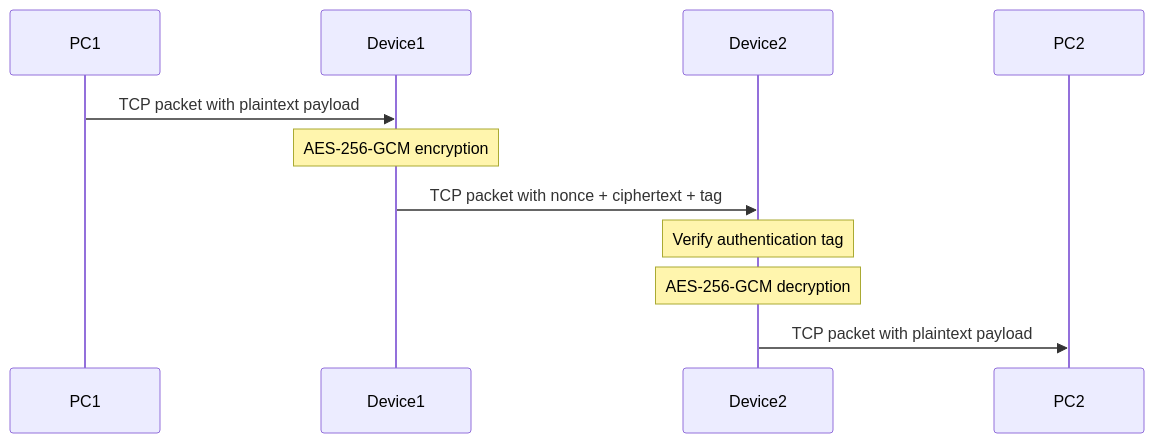
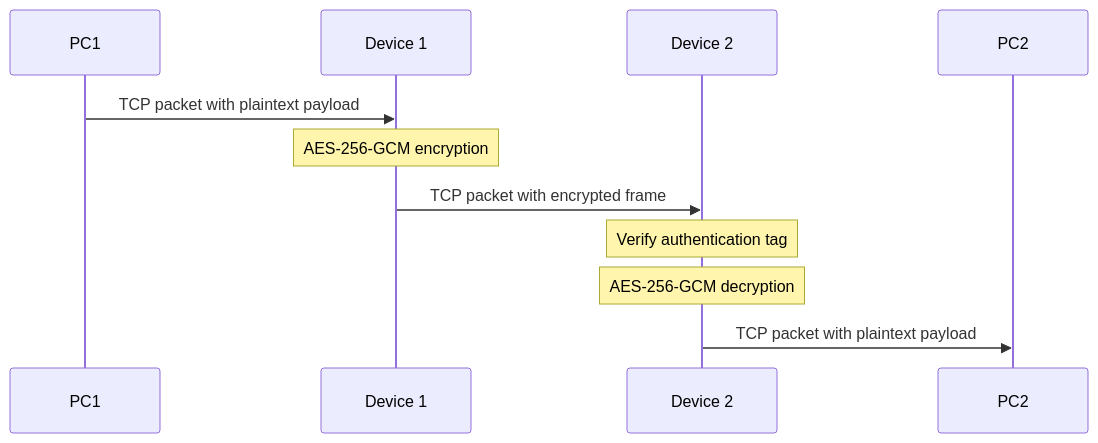
The second of 2 diagrams in README.md (hayk-20-a/network_hw), drawn with Mermaid before and after one commit. The commit also changed other lines of this file, not shown here.

````diff
--- a/README.md
+++ b/README.md
@@ -233,14 +56,14 @@
 ```mermaid
 sequenceDiagram
     participant PC1
-    participant D1 as Device1
-    participant D2 as Device2
+    participant D1 as Device 1
+    participant D2 as Device 2
     participant PC2
 
     PC1->>D1: TCP packet with plaintext payload
     Note over D1: AES-256-GCM encryption
-    D1->>D2: TCP packet with nonce + ciphertext + tag
+    D1->>D2: TCP packet with encrypted frame
     Note over D2: Verify authentication tag
     Note over D2: AES-256-GCM decryption
     D2->>PC2: TCP packet with plaintext payload
 ```
````
